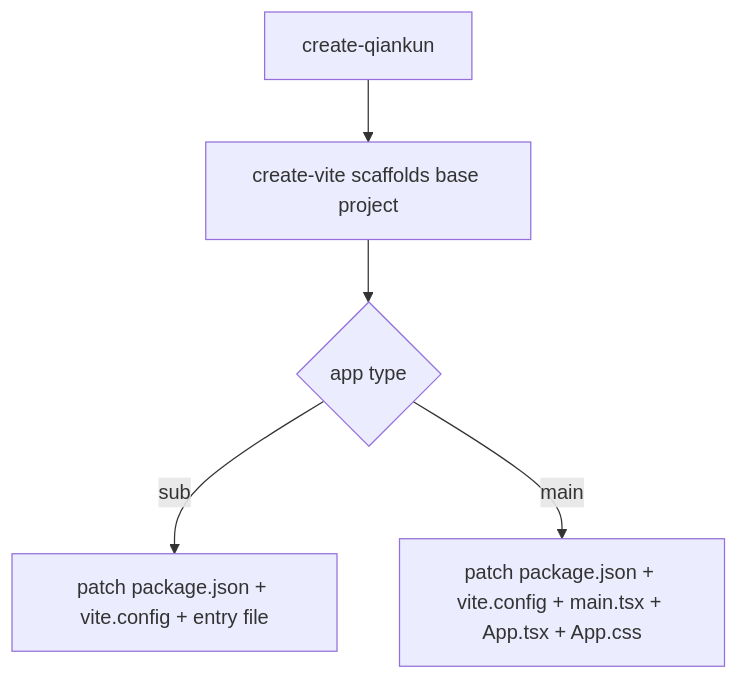
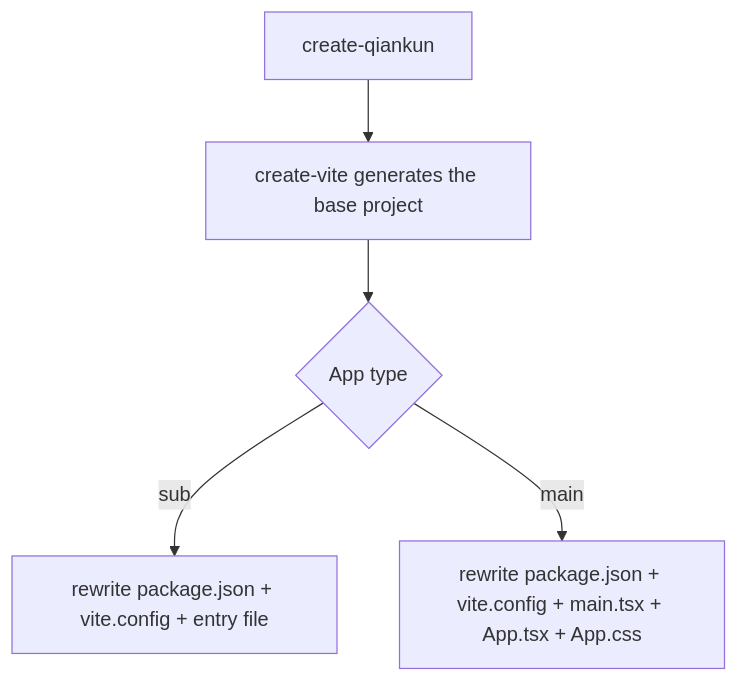
One commit to umijs/qiankun changed the first of 2 diagrams in docs/ecosystem/create-qiankun.md. Above: the diagram before and after it, drawn with Mermaid. The commit also changed other lines of this file and 63 other files, not shown here.

````diff
--- a/docs/ecosystem/create-qiankun.md
+++ b/docs/ecosystem/create-qiankun.md
@@ -115,7 +115,7 @@
 ```mermaid
 flowchart TD
-  A[create-qiankun] --> B[create-vite scaffolds base project]
-  B --> C{app type}
-  C -->|sub| D[patch package.json + vite.config + entry file]
-  C -->|main| E[patch package.json + vite.config + main.tsx + App.tsx + App.css]
+  A[create-qiankun] --> B[create-vite generates the base project]
+  B --> C{App type}
+  C -->|sub| D[rewrite package.json + vite.config + entry file]
+  C -->|main| E[rewrite package.json + vite.config + main.tsx + App.tsx + App.css]
 ```
````
